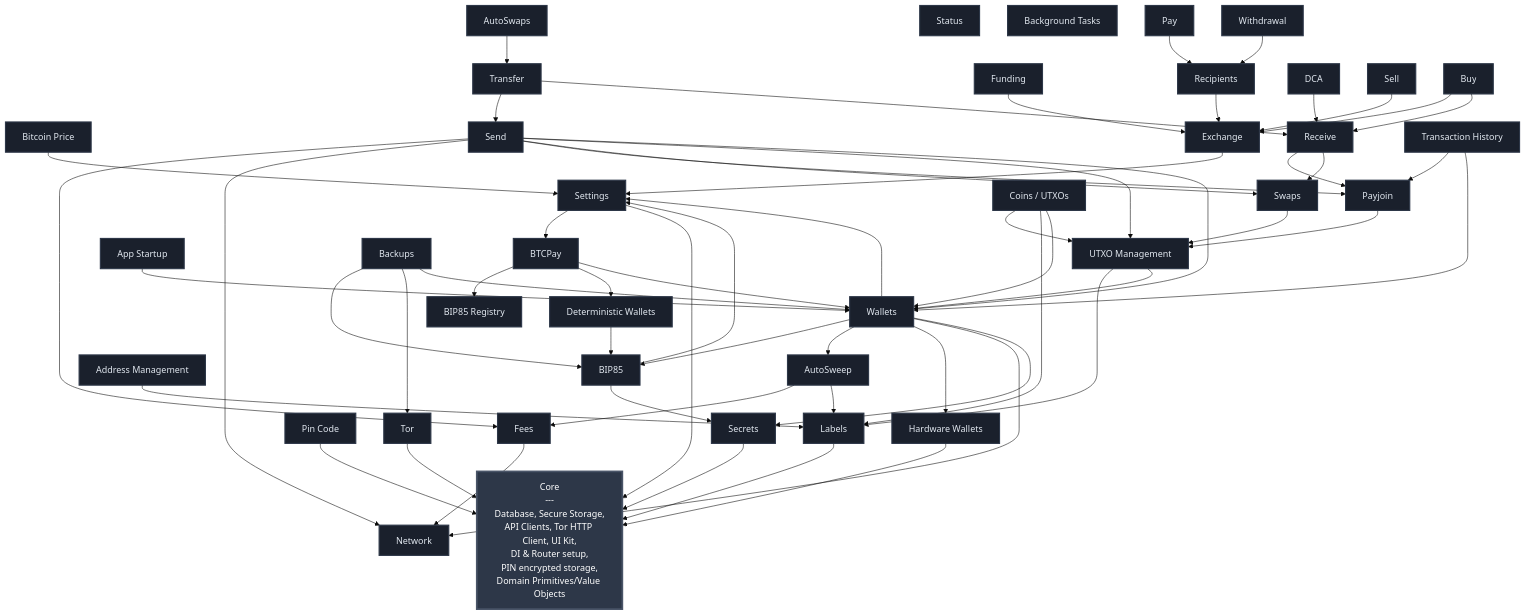
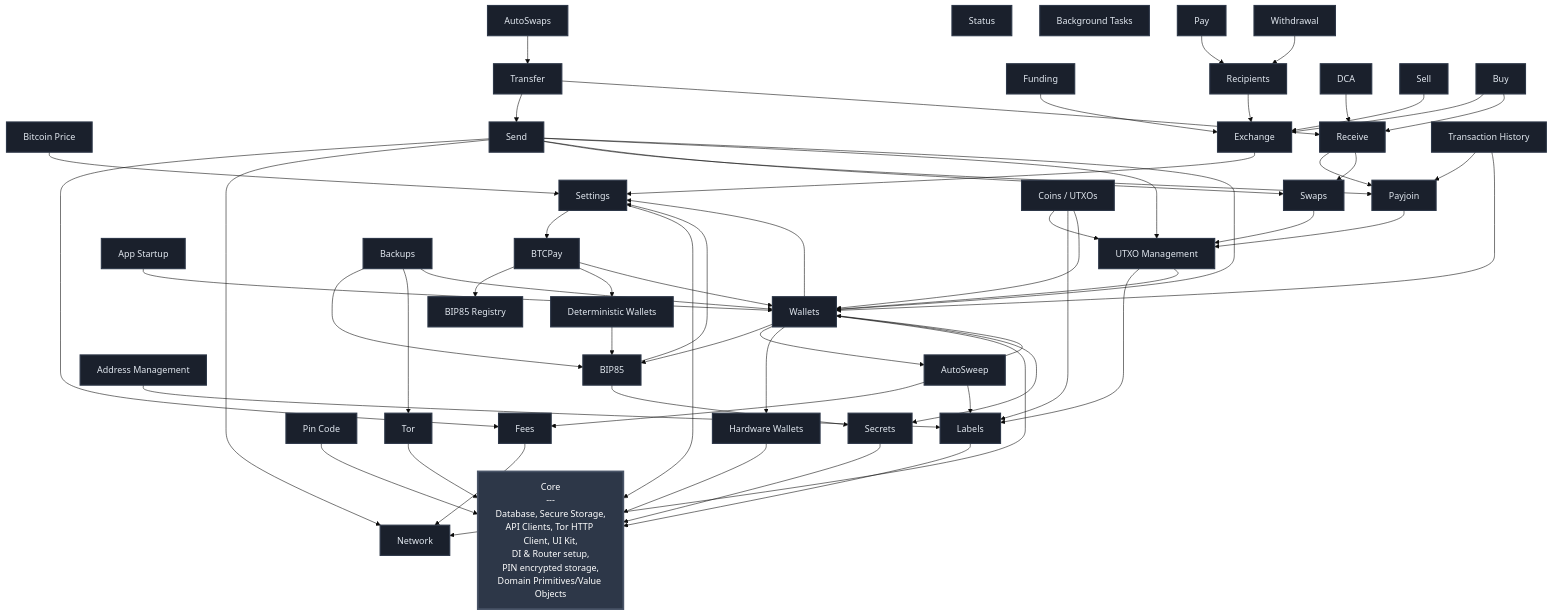
The diagram in FEATURES.md (BullishNode/bullbitcoin-mobile), drawn with Mermaid (base theme) before and after one commit. The commit also changed other lines of this file and 1 other file, not shown here.

```diff
--- a/FEATURES.md
+++ b/FEATURES.md
@@ -59,6 +59,7 @@
     AUTOSWAPS --> TRANSFER
     AUTOSWEEP --> FEES
     AUTOSWEEP --> LABELS
+    AUTOSWEEP --> WALLETS
     BIP85 --> SECRETS
     BIP85 --> SETTINGS
     BACKUPS --> BIP85
```
